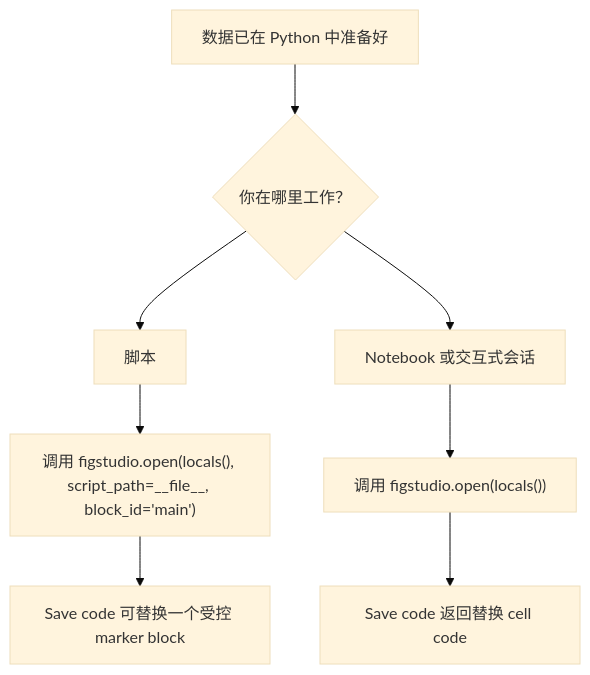
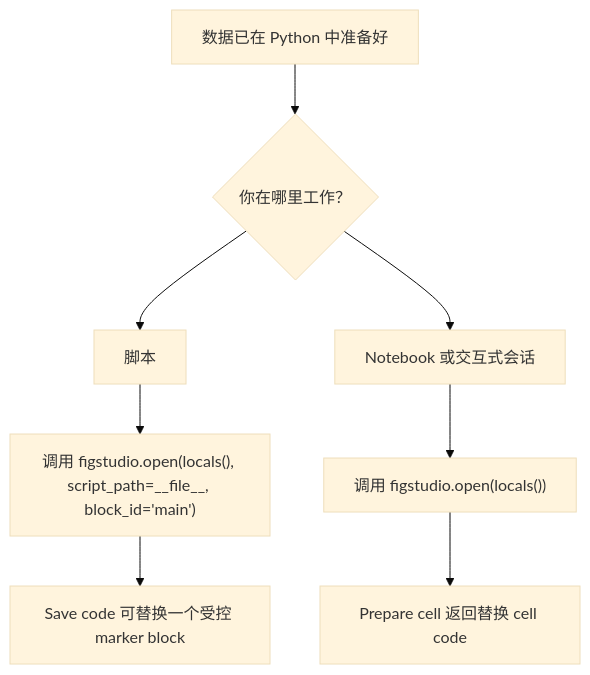
Before and after one commit to Isabelle20070607/figstudio: the diagram in docs/zh/getting-started.md, drawn with Mermaid (base theme). The commit also changed other lines of this file and 8 other files, not shown here.

````diff
--- a/docs/zh/getting-started.md
+++ b/docs/zh/getting-started.md
@@ -23,10 +23,10 @@
 ```mermaid
 flowchart TD
   A["数据已在 Python 中准备好"] --> B{"你在哪里工作？"}
   B --> C["脚本"]
   B --> D["Notebook 或交互式会话"]
   C --> E["调用 figstudio.open(locals(), script_path=__file__, block_id='main')"]
   D --> F["调用 figstudio.open(locals())"]
   E --> G["Save code 可替换一个受控 marker block"]
-  F --> H["Save code 返回替换 cell code"]
+  F --> H["Prepare cell 返回替换 cell code"]
 ```
````
